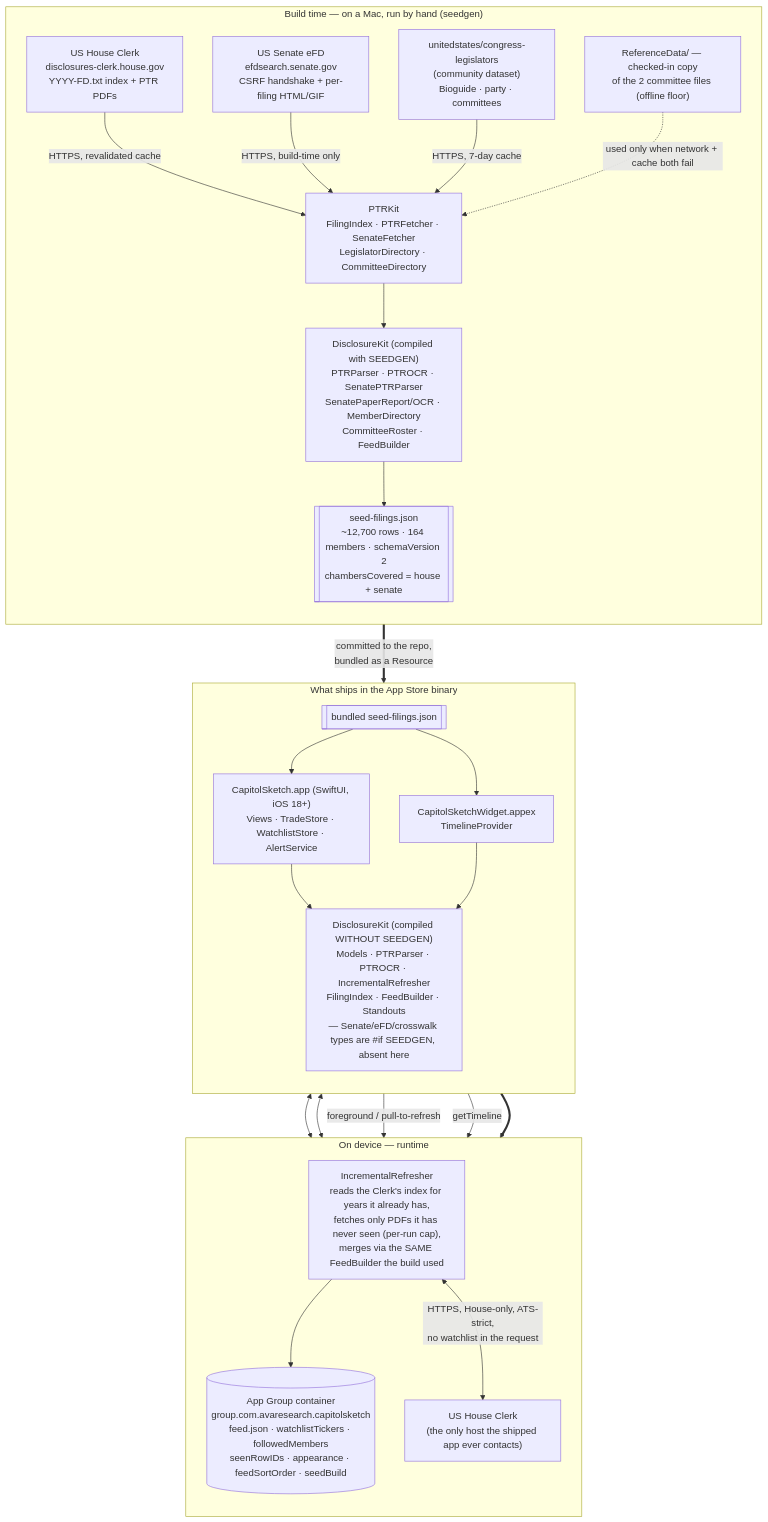
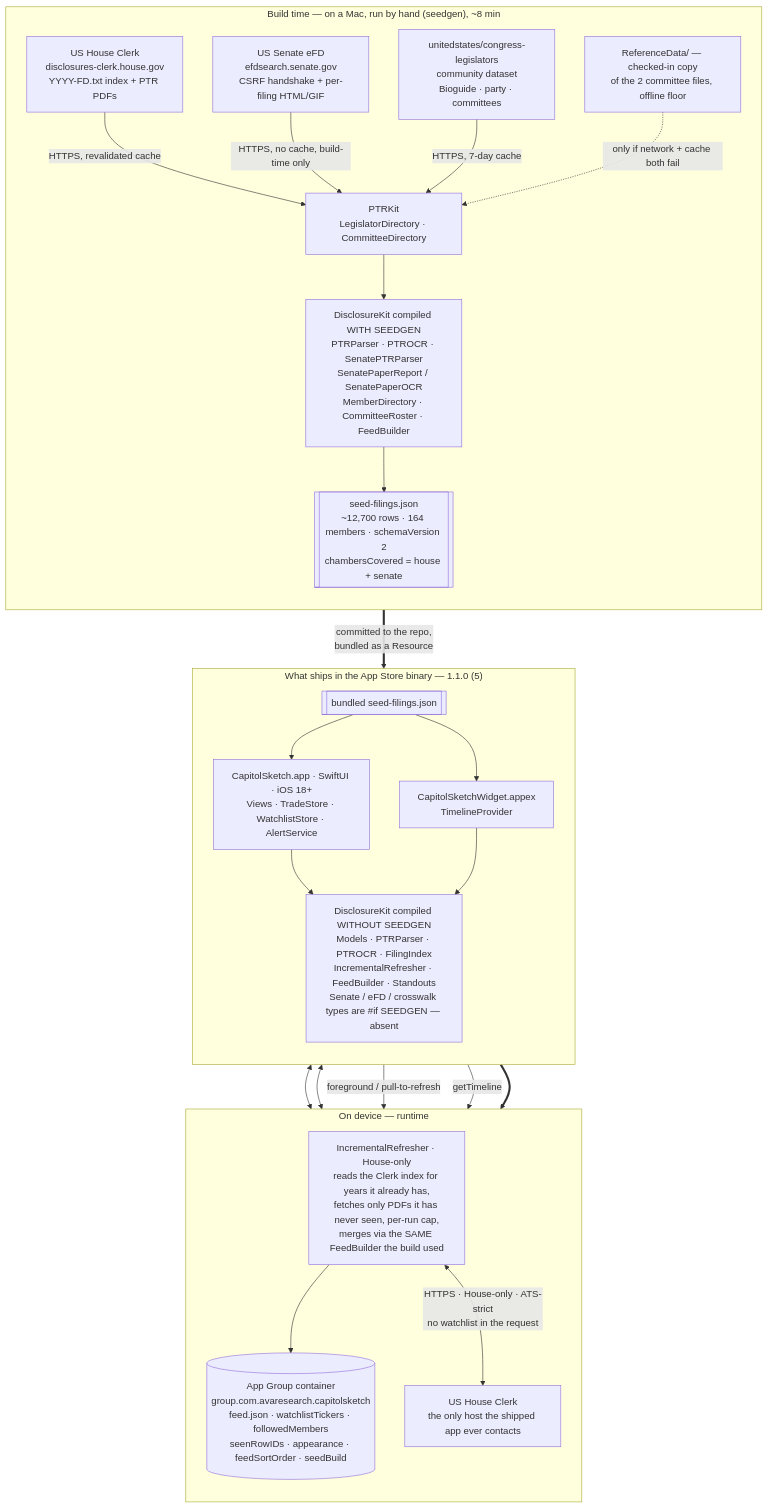
The first of 4 diagrams in ARCHITECTURE.md (AvaJ845/CapitolSketch), drawn with Mermaid before and after one commit. The commit also changed other lines of this file, not shown here.

First line of the commit message:
ARCHITECTURE.md: four-view diagram set

````diff
--- a/ARCHITECTURE.md
+++ b/ARCHITECTURE.md
@@ -20,51 +23,51 @@
 ```mermaid
 flowchart TB
-    subgraph BUILD["Build time — on a Mac, run by hand (seedgen)"]
+    subgraph BUILD["Build time — on a Mac, run by hand (seedgen), ~8 min"]
         direction TB
         clerk["US House Clerk<br/>disclosures-clerk.house.gov<br/>YYYY-FD.txt index + PTR PDFs"]
         efd["US Senate eFD<br/>efdsearch.senate.gov<br/>CSRF handshake + per-filing HTML/GIF"]
-        cl["unitedstates/congress-legislators<br/>(community dataset)<br/>Bioguide · party · committees"]
-        vend["ReferenceData/ — checked-in copy<br/>of the 2 committee files (offline floor)"]
+        cl["unitedstates/congress-legislators<br/>community dataset<br/>Bioguide · party · committees"]
+        vend["ReferenceData/ — checked-in copy<br/>of the 2 committee files, offline floor"]
 
-        pk["PTRKit<br/>FilingIndex · PTRFetcher · SenateFetcher<br/>LegislatorDirectory · CommitteeDirectory"]
-        dk_build["DisclosureKit (compiled with SEEDGEN)<br/>PTRParser · PTROCR · SenatePTRParser<br/>SenatePaperReport/OCR · MemberDirectory<br/>CommitteeRoster · FeedBuilder"]
+        pk["PTRKit<br/>LegislatorDirectory · CommitteeDirectory"]
+        dk_build["DisclosureKit compiled WITH SEEDGEN<br/>PTRParser · PTROCR · SenatePTRParser<br/>SenatePaperReport / SenatePaperOCR<br/>MemberDirectory · CommitteeRoster · FeedBuilder"]
 
         clerk -->|"HTTPS, revalidated cache"| pk
-        efd -->|"HTTPS, build-time only"| pk
+        efd -->|"HTTPS, no cache, build-time only"| pk
         cl -->|"HTTPS, 7-day cache"| pk
-        vend -.->|"used only when network + cache both fail"| pk
+        vend -.->|"only if network + cache both fail"| pk
         pk --> dk_build
         dk_build --> seed[["seed-filings.json<br/>~12,700 rows · 164 members · schemaVersion 2<br/>chambersCovered = house + senate"]]
     end
 
     seed ==>|"committed to the repo,<br/>bundled as a Resource"| APPBIN
 
-    subgraph APPBIN["What ships in the App Store binary"]
+    subgraph APPBIN["What ships in the App Store binary — 1.1.0 (5)"]
         direction TB
-        app["CapitolSketch.app (SwiftUI, iOS 18+)<br/>Views · TradeStore · WatchlistStore · AlertService"]
+        app["CapitolSketch.app · SwiftUI · iOS 18+<br/>Views · TradeStore · WatchlistStore · AlertService"]
         widget["CapitolSketchWidget.appex<br/>TimelineProvider"]
-        dk_ship["DisclosureKit (compiled WITHOUT SEEDGEN)<br/>Models · PTRParser · PTROCR · IncrementalRefresher<br/>FilingIndex · FeedBuilder · Standouts<br/>— Senate/eFD/crosswalk types are #if SEEDGEN, absent here"]
+        dk_ship["DisclosureKit compiled WITHOUT SEEDGEN<br/>Models · PTRParser · PTROCR · FilingIndex<br/>IncrementalRefresher · FeedBuilder · Standouts<br/>Senate / eFD / crosswalk types are #if SEEDGEN — absent"]
         bundled[["bundled seed-filings.json"]]
 
         app --> dk_ship
         widget --> dk_ship
         bundled --> app
         bundled --> widget
     end
 
     APPBIN ==> DEVICE
 
     subgraph DEVICE["On device — runtime"]
         direction TB
         ag[("App Group container<br/>group.com.avaresearch.capitolsketch<br/>feed.json · watchlistTickers · followedMembers<br/>seenRowIDs · appearance · feedSortOrder · seedBuild")]
-        refresher["IncrementalRefresher<br/>reads the Clerk's index for years it already has,<br/>fetches only PDFs it has never seen (per-run cap),<br/>merges via the SAME FeedBuilder the build used"]
-        clerk2["US House Clerk<br/>(the only host the shipped app ever contacts)"]
+        refresher["IncrementalRefresher · House-only<br/>reads the Clerk index for years it already has,<br/>fetches only PDFs it has never seen, per-run cap,<br/>merges via the SAME FeedBuilder the build used"]
+        clerk2["US House Clerk<br/>the only host the shipped app ever contacts"]
 
         app <--> ag
         widget <--> ag
         app -->|"foreground / pull-to-refresh"| refresher
         widget -->|"getTimeline"| refresher
-        refresher <-->|"HTTPS, House-only, ATS-strict,<br/>no watchlist in the request"| clerk2
+        refresher <-->|"HTTPS · House-only · ATS-strict<br/>no watchlist in the request"| clerk2
         refresher --> ag
     end
 ```
````
